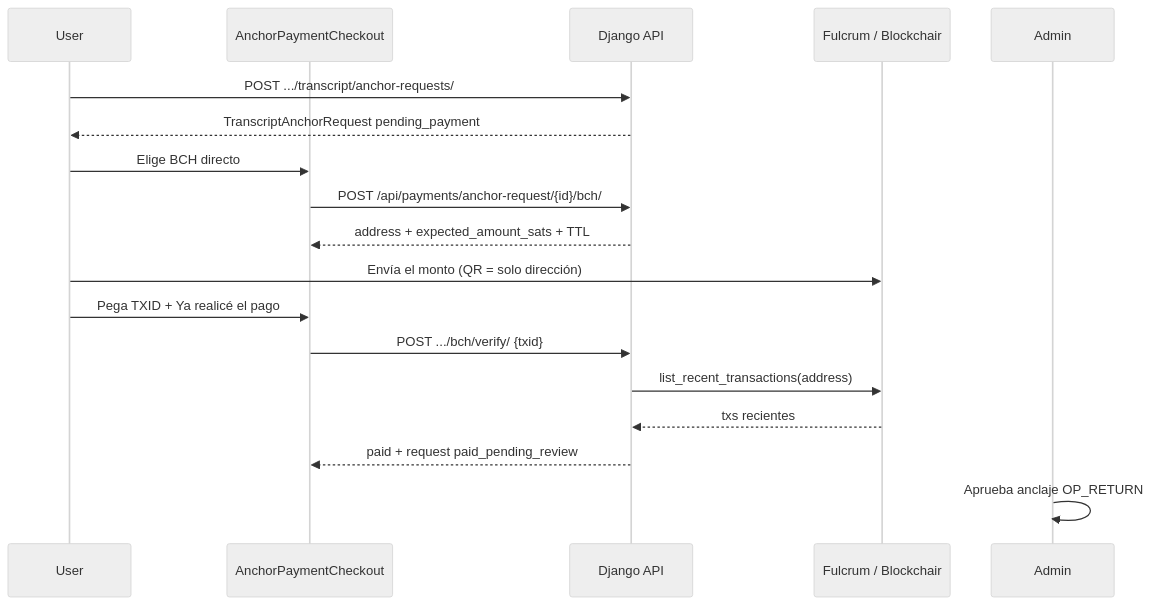
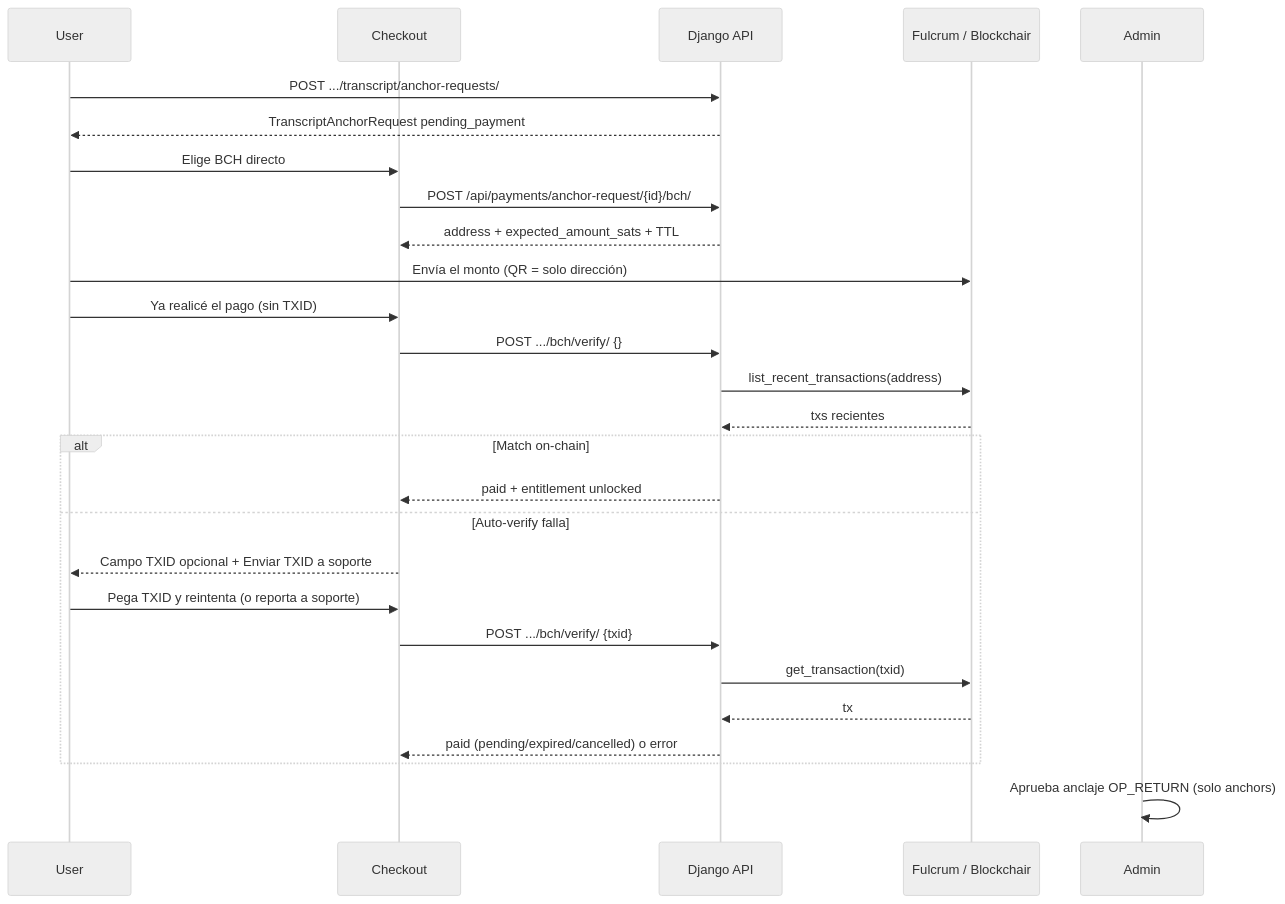
The diagram in docs/payments/bch-direct.md (Alejoss/Sophia.AI), drawn with Mermaid (neutral theme) before and after one commit. The commit also changed other lines of this file and 2 other files, not shown here.

First line of the commit message:
Document BCH auto-verify: address scan first, TXID as fallback.

````diff
--- a/docs/payments/bch-direct.md
+++ b/docs/payments/bch-direct.md
@@ -50,21 +50,30 @@
 ```mermaid
 sequenceDiagram
     participant User
-    participant UI as AnchorPaymentCheckout
+    participant UI as Checkout
     participant API as Django API
     participant Chain as Fulcrum / Blockchair
     participant Admin
 
     User->>API: POST .../transcript/anchor-requests/
     API-->>User: TranscriptAnchorRequest pending_payment
     User->>UI: Elige BCH directo
     UI->>API: POST /api/payments/anchor-request/{id}/bch/
     API-->>UI: address + expected_amount_sats + TTL
     User->>Chain: Envía el monto (QR = solo dirección)
-    User->>UI: Pega TXID + Ya realicé el pago
-    UI->>API: POST .../bch/verify/ {txid}
+    User->>UI: Ya realicé el pago (sin TXID)
+    UI->>API: POST .../bch/verify/ {}
     API->>Chain: list_recent_transactions(address)
     Chain-->>API: txs recientes
-    API-->>UI: paid + request paid_pending_review
-    Admin->>Admin: Aprueba anclaje OP_RETURN
+    alt Match on-chain
+        API-->>UI: paid + entitlement unlocked
+    else Auto-verify falla
+        UI-->>User: Campo TXID opcional + Enviar TXID a soporte
+        User->>UI: Pega TXID y reintenta (o reporta a soporte)
+        UI->>API: POST .../bch/verify/ {txid}
+        API->>Chain: get_transaction(txid)
+        Chain-->>API: tx
+        API-->>UI: paid (pending/expired/cancelled) o error
+    end
+    Admin->>Admin: Aprueba anclaje OP_RETURN (solo anchors)
 ```
````
